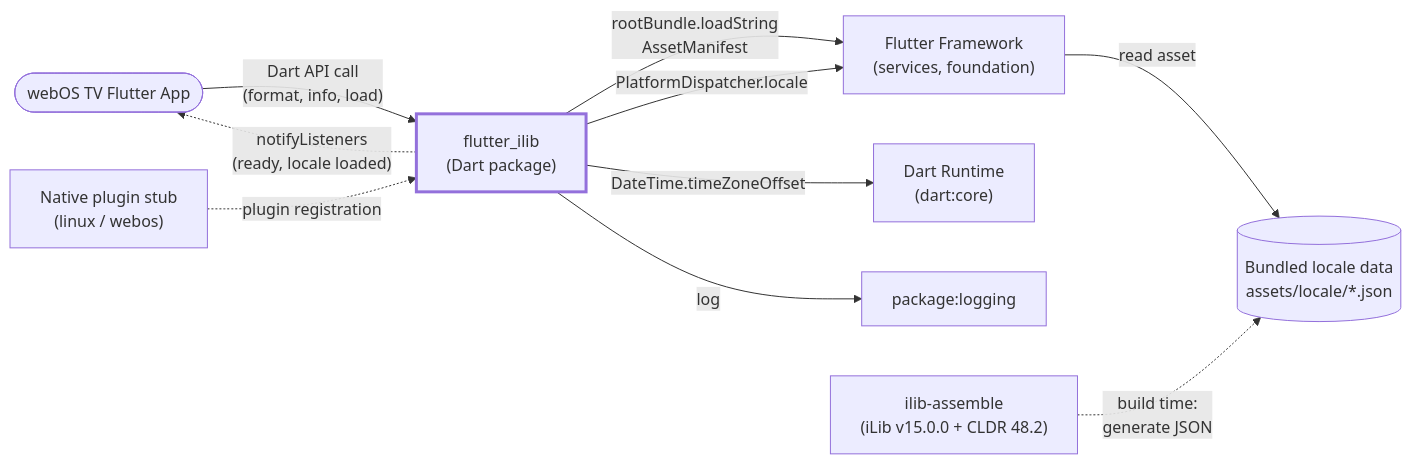
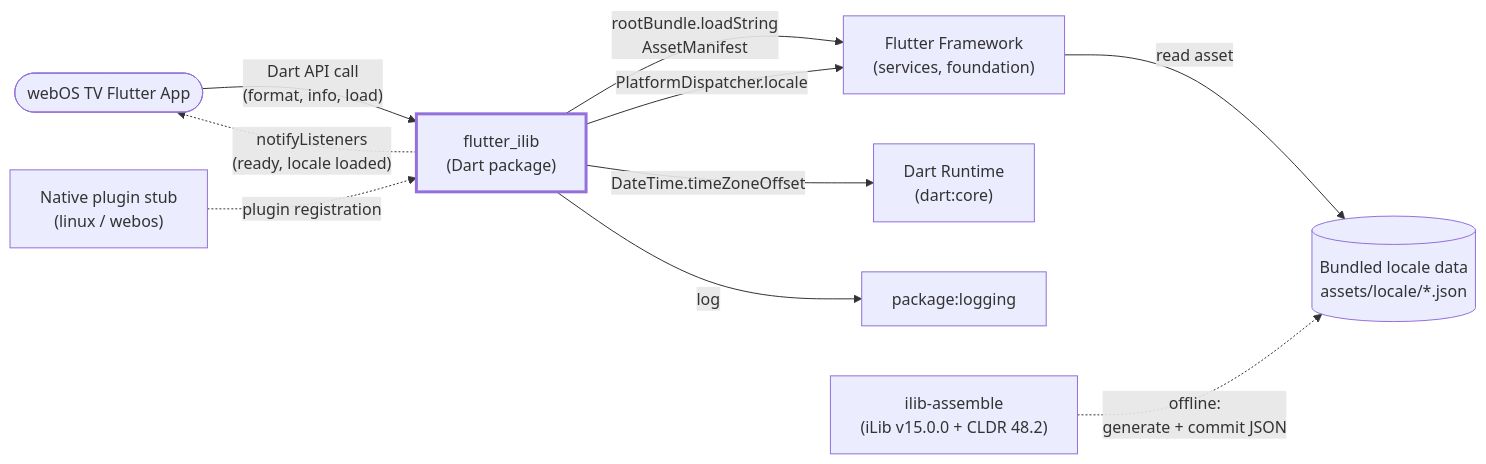
One commit to iLib-js/flutter_ilib changed the first of 10 diagrams in doc/design/LLD_flutter_ilib.md. Above: the diagram before and after it, drawn with Mermaid. The commit also changed other lines of this file, not shown here.

````diff
--- a/doc/design/LLD_flutter_ilib.md
+++ b/doc/design/LLD_flutter_ilib.md
@@ -245,14 +247,14 @@
 ```mermaid
 graph LR
     App(["webOS TV Flutter App"]) -->|"Dart API call<br/>(format, info, load)"| FI["flutter_ilib<br/>(Dart package)"]
     FI -.->|"notifyListeners<br/>(ready, locale loaded)"| App
     FI -->|"rootBundle.loadString<br/>AssetManifest"| FW["Flutter Framework<br/>(services, foundation)"]
     FI -->|"PlatformDispatcher.locale"| FW
     FW -->|"read asset"| Assets[("Bundled locale data<br/>assets/locale/*.json")]
     FI -->|"DateTime.timeZoneOffset"| Dart["Dart Runtime<br/>(dart:core)"]
     FI -->|"log"| Log["package:logging"]
     Plat["Native plugin stub<br/>(linux / webos)"] -.->|"plugin registration"| FI
-    Gen["ilib-assemble<br/>(iLib v15.0.0 + CLDR 48.2)"] -.->|"build time:<br/>generate JSON"| Assets
+    Gen["ilib-assemble<br/>(iLib v15.0.0 + CLDR 48.2)"] -.->|"offline:<br/>generate + commit JSON"| Assets
 
     style FI stroke-width:3px
 ```
````
